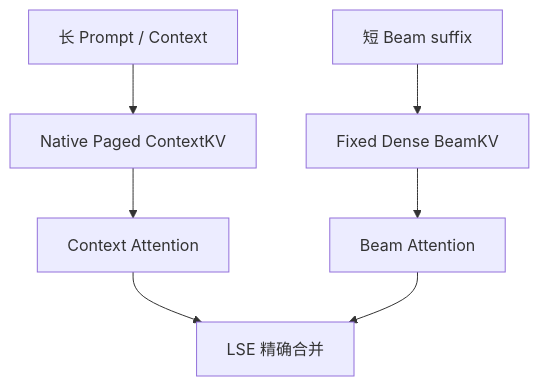
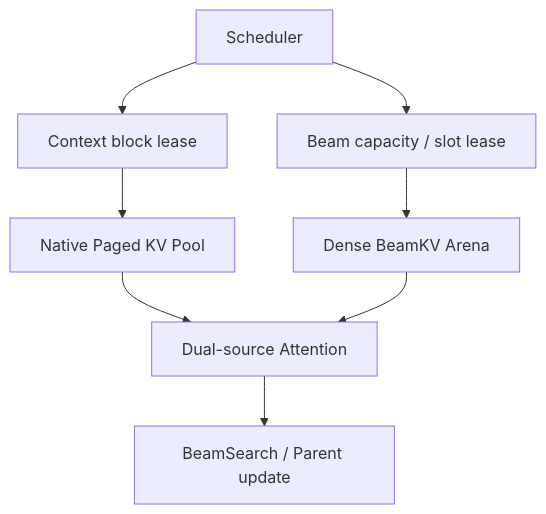
The first of 11 diagrams in GR/beam_decode_kv_buffer_organization_analysis.md (zhanghanleo10/gr-related), drawn with Mermaid before and after one commit. The commit also changed other lines of this file, not shown here.

Commit message:
docs: simplify Beam KV analysis with visual-first layout

````diff
--- a/GR/beam_decode_kv_buffer_organization_analysis.md
+++ b/GR/beam_decode_kv_buffer_organization_analysis.md
@@ -49,9 +24,10 @@
 ```mermaid
 flowchart TB
-    P["长 Prompt / Context"] --> PKV["Native Paged ContextKV"]
-    T["短 Beam suffix"] --> BKV["Fixed Dense BeamKV"]
-    PKV --> PA["Context Attention"]
-    BKV --> BA["Beam Attention"]
-    PA --> M["LSE 精确合并"]
-    BA --> M
+    S["Scheduler"] --> CL["Context block lease"]
+    S --> BL["Beam capacity / slot lease"]
+    CL --> NP["Native Paged KV Pool"]
+    BL --> BP["Dense BeamKV Arena"]
+    NP --> A["Dual-source Attention"]
+    BP --> A
+    A --> B["BeamSearch / Parent update"]
 ```
````
